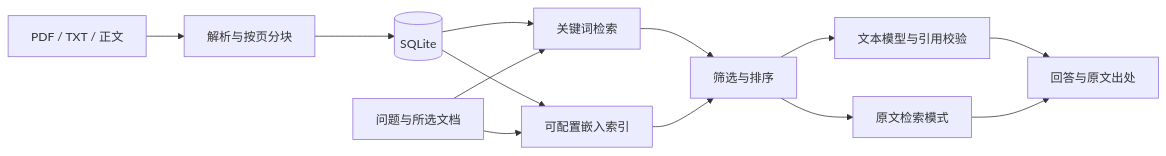
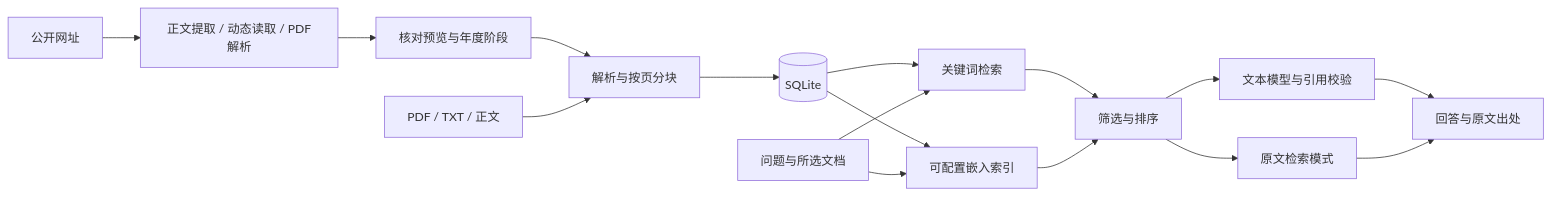
Before and after one commit to 1585596438-del/shenbaotong: the diagram in README.md, drawn with Mermaid. The commit also changed other lines of this file and 14 other files, not shown here.

````diff
--- a/README.md
+++ b/README.md
@@ -34,15 +36,18 @@
 ```mermaid
 flowchart LR
-  A[PDF / TXT / 正文] --> B[解析与按页分块]
+  U[公开网址] --> V[正文提取 / 动态读取 / PDF解析]
+  V --> P[核对预览与年度阶段]
+  P --> B[解析与按页分块]
+  A[PDF / TXT / 正文] --> B
   B --> C[(SQLite)]
   C --> D[关键词检索]
   C --> E[可配置嵌入索引]
   Q[问题与所选文档] --> D
   Q --> E
   D --> F[筛选与排序]
   E --> F
   F --> G[文本模型与引用校验]
   F --> H[原文检索模式]
   G --> I[回答与原文出处]
   H --> I
 ```
````
